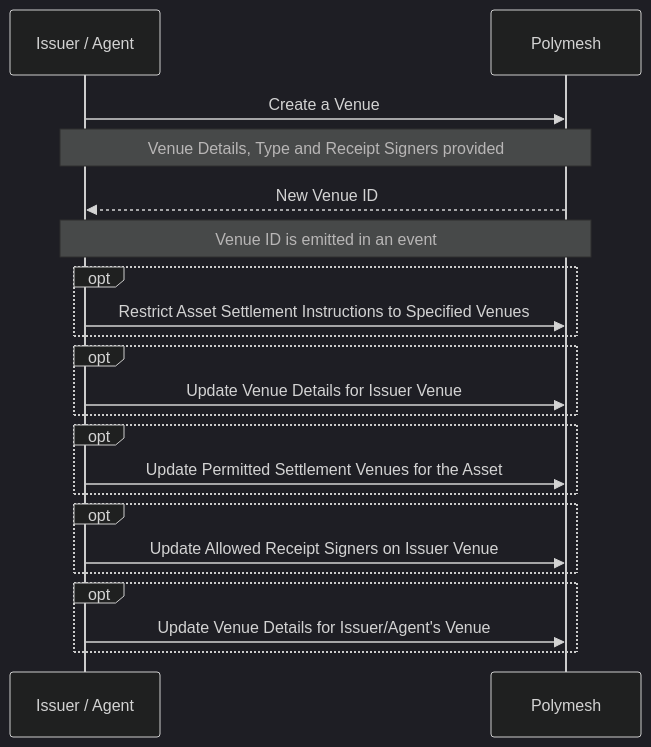
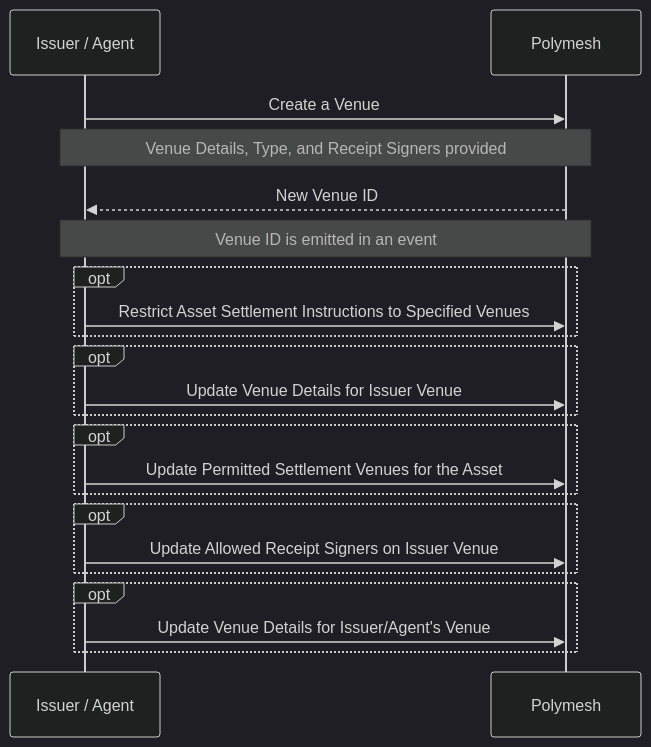
Before and after one commit to PolymeshAssociation/polymesh-documentation-site: the third of 6 diagrams in polymesh-docs/primitives/settlement/settlement-diagrams.mdx, drawn with Mermaid (dark theme). The commit also changed other lines of this file and 3 other files, not shown here.

````diff
--- a/polymesh-docs/primitives/settlement/settlement-diagrams.mdx
+++ b/polymesh-docs/primitives/settlement/settlement-diagrams.mdx
@@ -67,25 +67,25 @@
 ```mermaid
 sequenceDiagram
 participant I as Issuer / Agent
 participant P as Polymesh
 
 I ->> P: Create a Venue
-Note over I,P: Venue Details, Type and Receipt Signers provided
+Note over I,P: Venue Details, Type, and Receipt Signers provided
 P -->> I: New Venue ID
 Note over I,P: Venue ID is emitted in an event
 opt
   I ->> P: Restrict Asset Settlement Instructions to Specified Venues
 end
 opt
   I ->> P: Update Venue Details for Issuer Venue
 end
 opt
   I ->> P: Update Permitted Settlement Venues for the Asset
 end
 opt
   I ->> P: Update Allowed Receipt Signers on Issuer Venue
 end
 opt
   I ->> P: Update Venue Details for Issuer/Agent's Venue
 end
 ```
````
